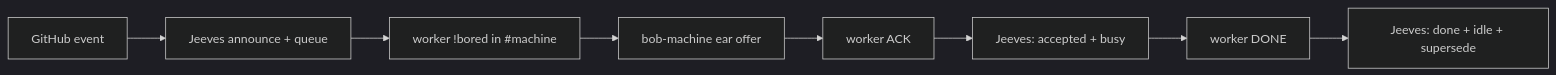
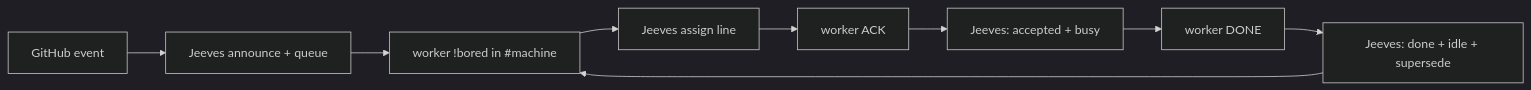
The first of 11 diagrams in README.md (SimonBarnett/gh-Jeeves), drawn with Mermaid (dark theme) before and after one commit. The commit also changed other lines of this file and 12 other files, not shown here.

````diff
--- a/README.md
+++ b/README.md
@@ -25,10 +25,11 @@
 ```mermaid
 flowchart LR
   E[GitHub event] --> J[Jeeves announce + queue]
   J --> B["worker !bored in #machine"]
-  B --> O[bob-machine ear offer]
+  B --> O[Jeeves assign line]
   O --> A[worker ACK]
   A --> W[Jeeves: accepted + busy]
   W --> D[worker DONE]
   D --> S[Jeeves: done + idle + supersede]
+  S --> B
 ```
````
